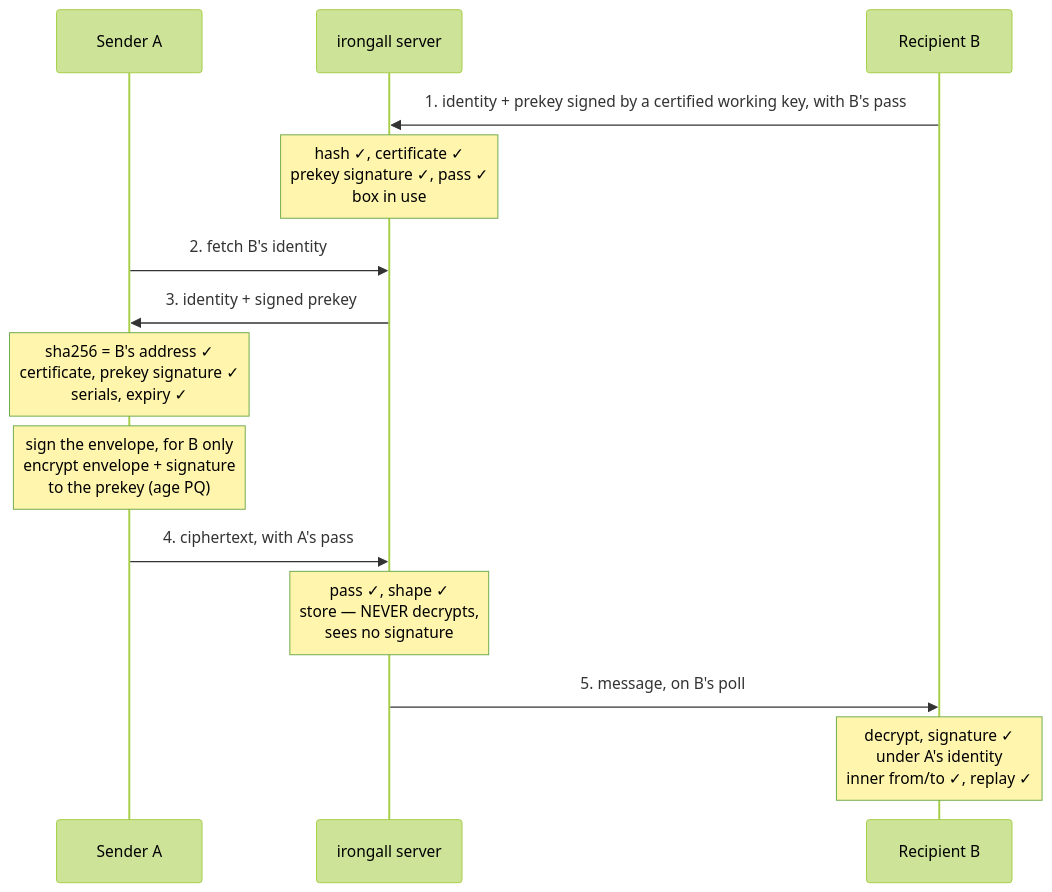
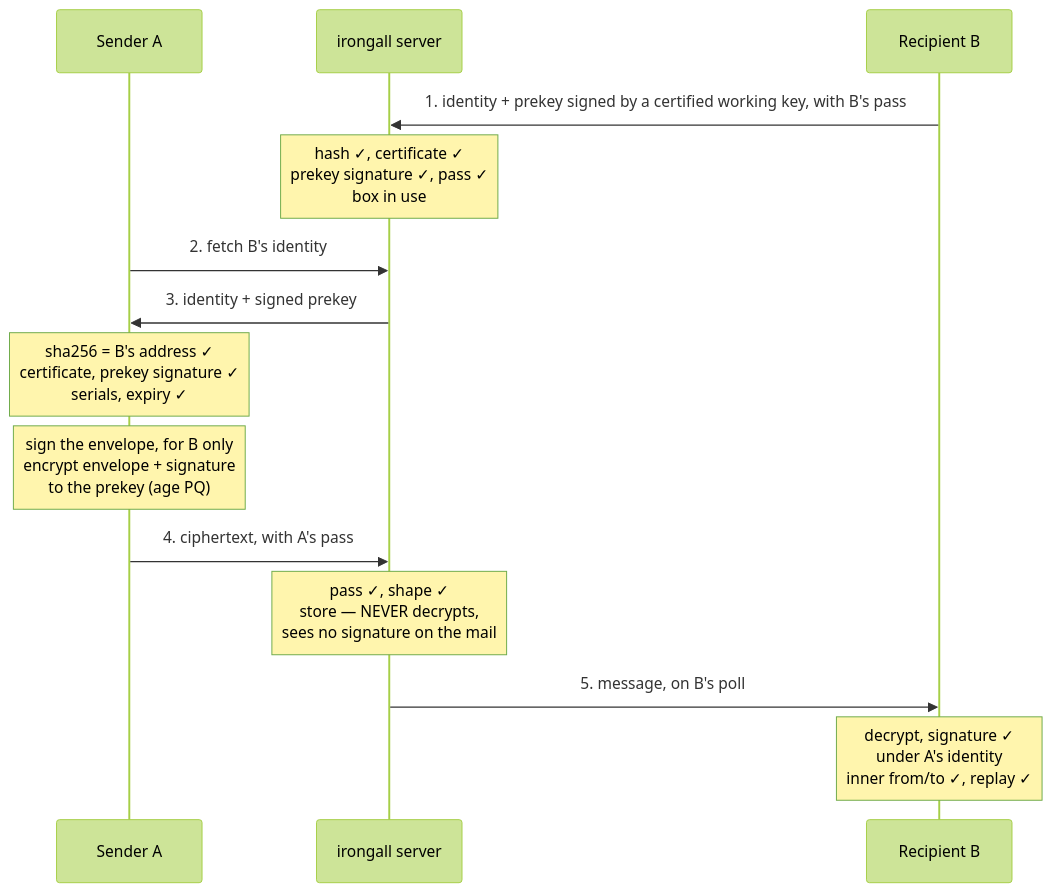
Before and after one commit to IronGall-dev/irongall-server: the diagram in CRYPTO-ANALYSIS.md, drawn with Mermaid (forest theme). The commit also changed other lines of this file and 2 other files, not shown here.

````diff
--- a/CRYPTO-ANALYSIS.md
+++ b/CRYPTO-ANALYSIS.md
@@ -37,16 +39,16 @@
 ```mermaid
 sequenceDiagram
     participant A as Sender A
     participant S as irongall server
     participant B as Recipient B
     B->>S: 1. identity + prekey signed by a certified working key, with B's pass
     Note over S: hash ✓, certificate ✓<br/>prekey signature ✓, pass ✓<br/>box in use
     A->>S: 2. fetch B's identity
     S->>A: 3. identity + signed prekey
     Note over A: sha256 = B's address ✓<br/>certificate, prekey signature ✓<br/>serials, expiry ✓
     Note over A: sign the envelope, for B only<br/>encrypt envelope + signature<br/>to the prekey (age PQ)
     A->>S: 4. ciphertext, with A's pass
-    Note over S: pass ✓, shape ✓<br/>store — NEVER decrypts,<br/>sees no signature
+    Note over S: pass ✓, shape ✓<br/>store — NEVER decrypts,<br/>sees no signature on the mail
     S->>B: 5. message, on B's poll
     Note over B: decrypt, signature ✓<br/>under A's identity<br/>inner from/to ✓, replay ✓
 ```
````
